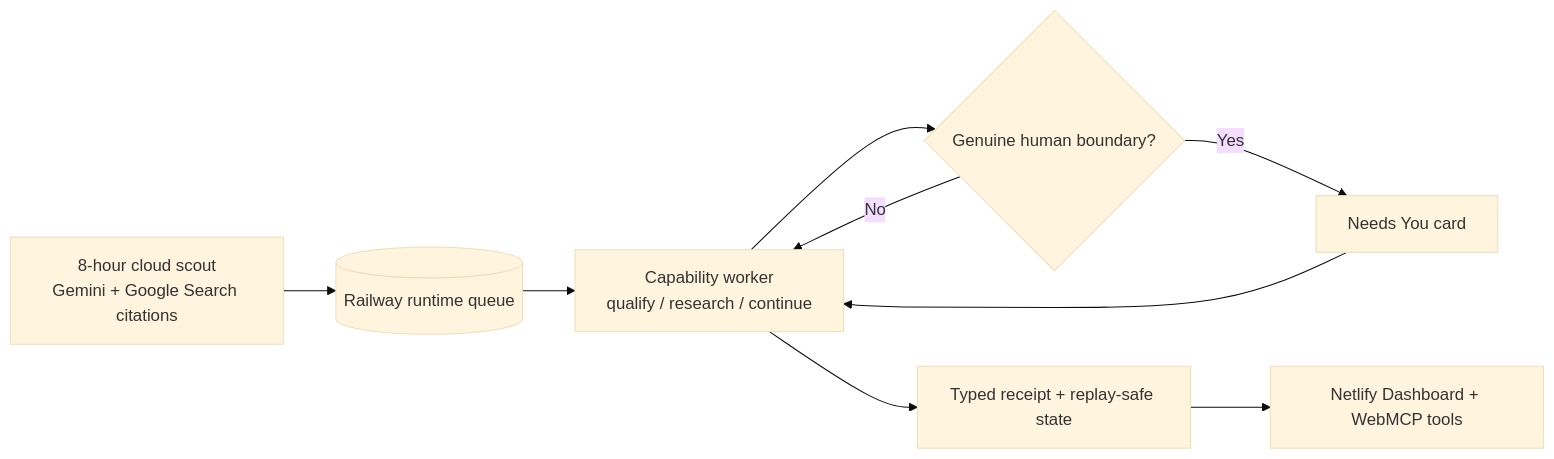
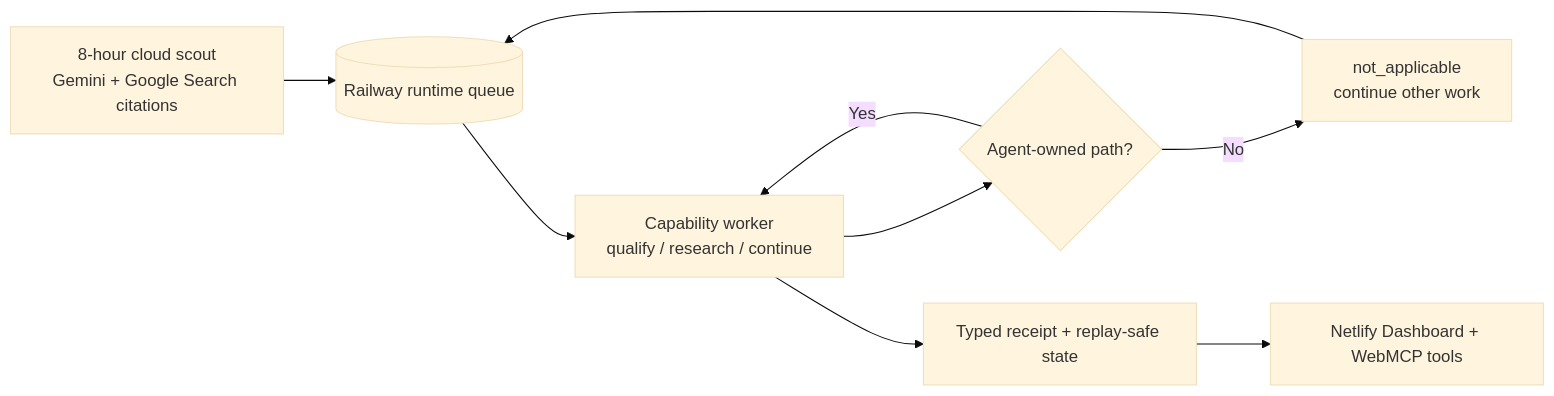
The second of 4 diagrams in README.md (Daisuke134/life-manager), drawn with Mermaid (base theme) before and after one commit. The commit also changed other lines of this file and 5 other files, not shown here.

````diff
--- a/README.md
+++ b/README.md
@@ -237,11 +250,11 @@
 ```mermaid
 flowchart LR
     S["8-hour cloud scout<br/>Gemini + Google Search citations"] --> Q[("Railway runtime queue")]
     Q --> W["Capability worker<br/>qualify / research / continue"]
-    W --> H{"Genuine human boundary?"}
-    H -->|No| W
-    H -->|Yes| N["Needs You card"]
-    N --> W
+    W --> H{"Agent-owned path?"}
+    H -->|Yes| W
+    H -->|No| N["not_applicable<br/>continue other work"]
+    N --> Q
     W --> R["Typed receipt + replay-safe state"]
     R --> D["Netlify Dashboard + WebMCP tools"]
 ```
````
